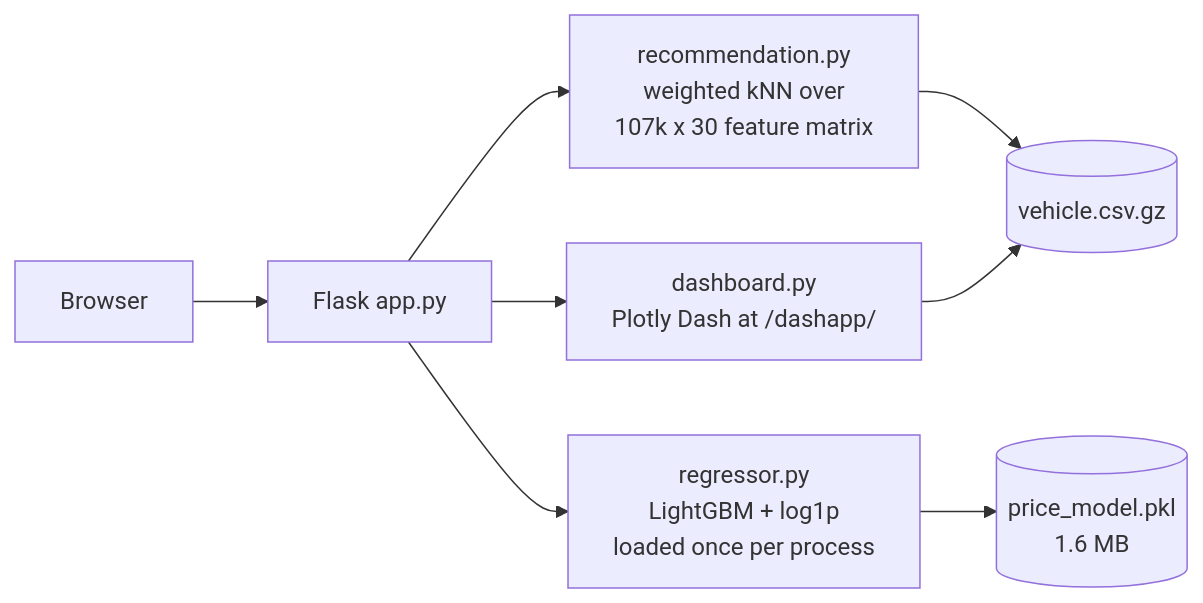
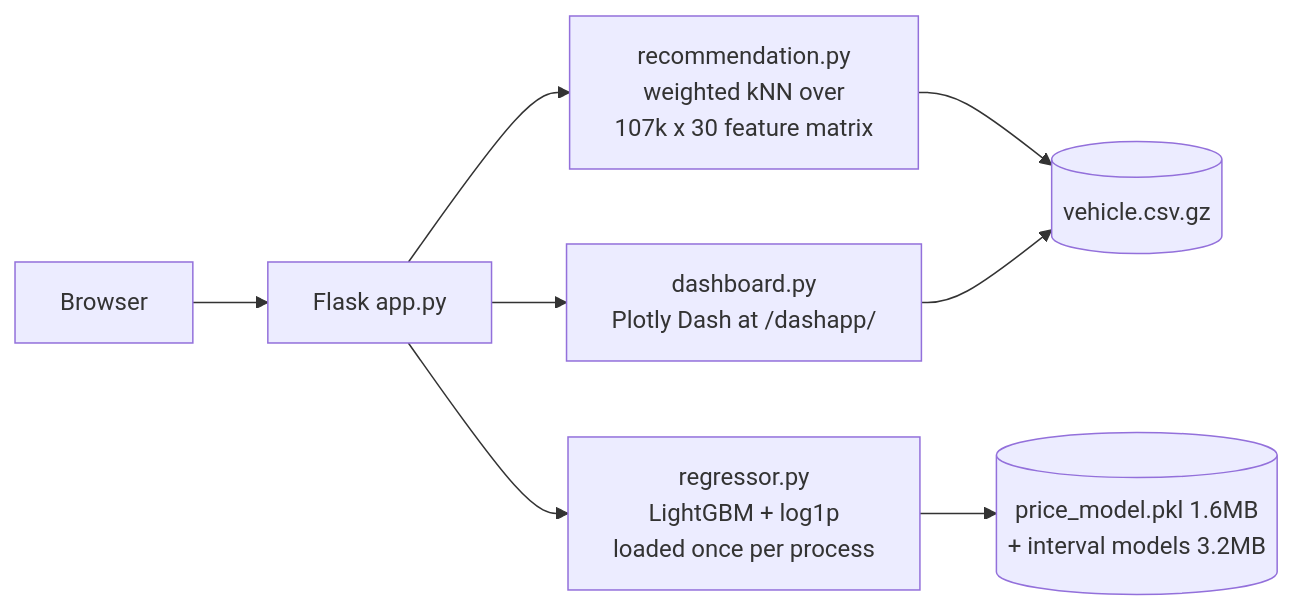
The diagram in README.md (wanghuirudata/car-recommendation), drawn with Mermaid before and after one commit. The commit also changed other lines of this file and 8 other files, not shown here.

````diff
--- a/README.md
+++ b/README.md
@@ -36,10 +36,10 @@
 ```mermaid
 flowchart LR
     U[Browser] --> F[Flask app.py]
     F --> R[recommendation.py<br/>weighted kNN over<br/>107k x 30 feature matrix]
     F --> P[regressor.py<br/>LightGBM + log1p<br/>loaded once per process]
     F --> D[dashboard.py<br/>Plotly Dash at /dashapp/]
     R --> C[(vehicle.csv.gz)]
-    P --> M[(price_model.pkl<br/>1.6 MB)]
+    P --> M[(price_model.pkl 1.6MB<br/>+ interval models 3.2MB)]
     D --> C
 ```
````
